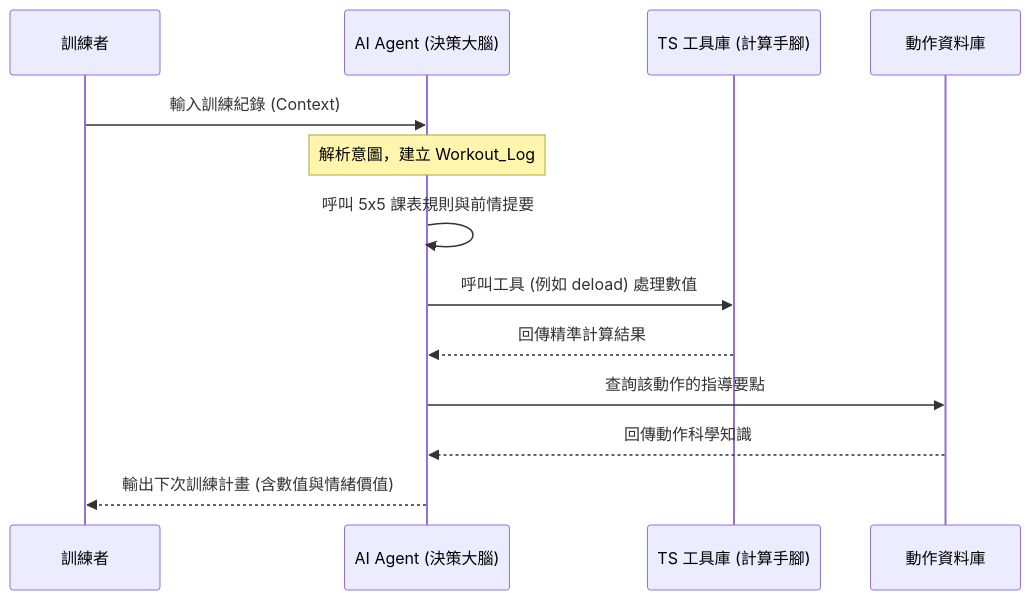
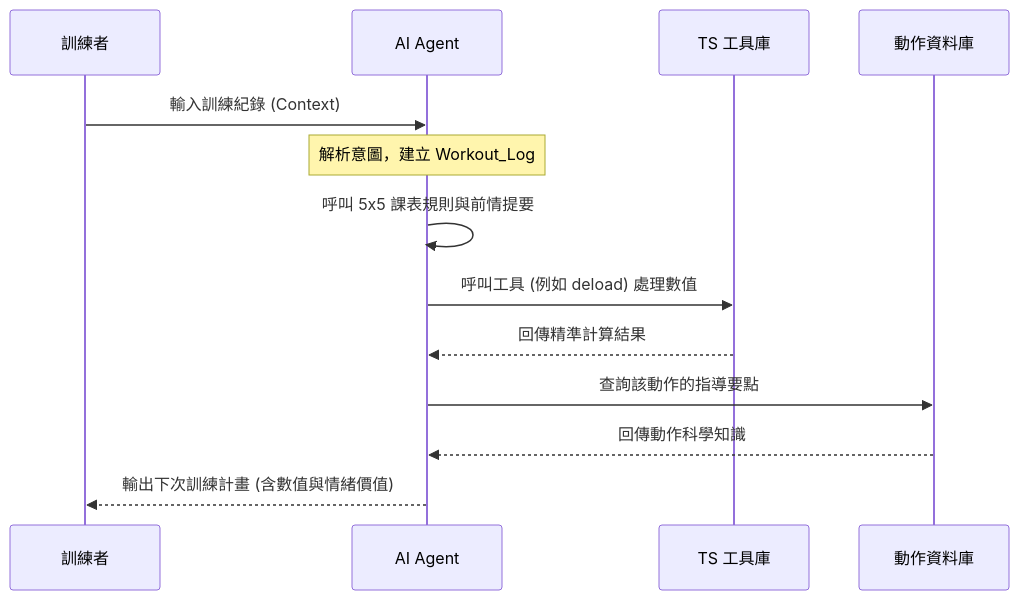
One commit to Darren-Dev-Repo/Darren-Dev-Repo.github.io changed the diagram in ai_training_assistant/reports/week_10.md. Above: the diagram before and after it, drawn with Mermaid.

Commit message:
week 10 update

````diff
--- a/ai_training_assistant/reports/week_10.md
+++ b/ai_training_assistant/reports/week_10.md
@@ -33,16 +33,16 @@
 ```mermaid
 sequenceDiagram
     participant User as 訓練者
-    participant Agent as AI Agent (決策大腦)
-    participant TS as TS 工具庫 (計算手腳)
+    participant Agent as AI Agent
+    participant TS as TS 工具庫
     participant DB as 動作資料庫
 
     User->>Agent: 輸入訓練紀錄 (Context)
     Note over Agent: 解析意圖，建立 Workout_Log
     Agent->>Agent: 呼叫 5x5 課表規則與前情提要
     Agent->>TS: 呼叫工具 (例如 deload) 處理數值
     TS-->>Agent: 回傳精準計算結果
     Agent->>DB: 查詢該動作的指導要點
     DB-->>Agent: 回傳動作科學知識
     Agent-->>User: 輸出下次訓練計畫 (含數值與情緒價值) 
 ```
````
